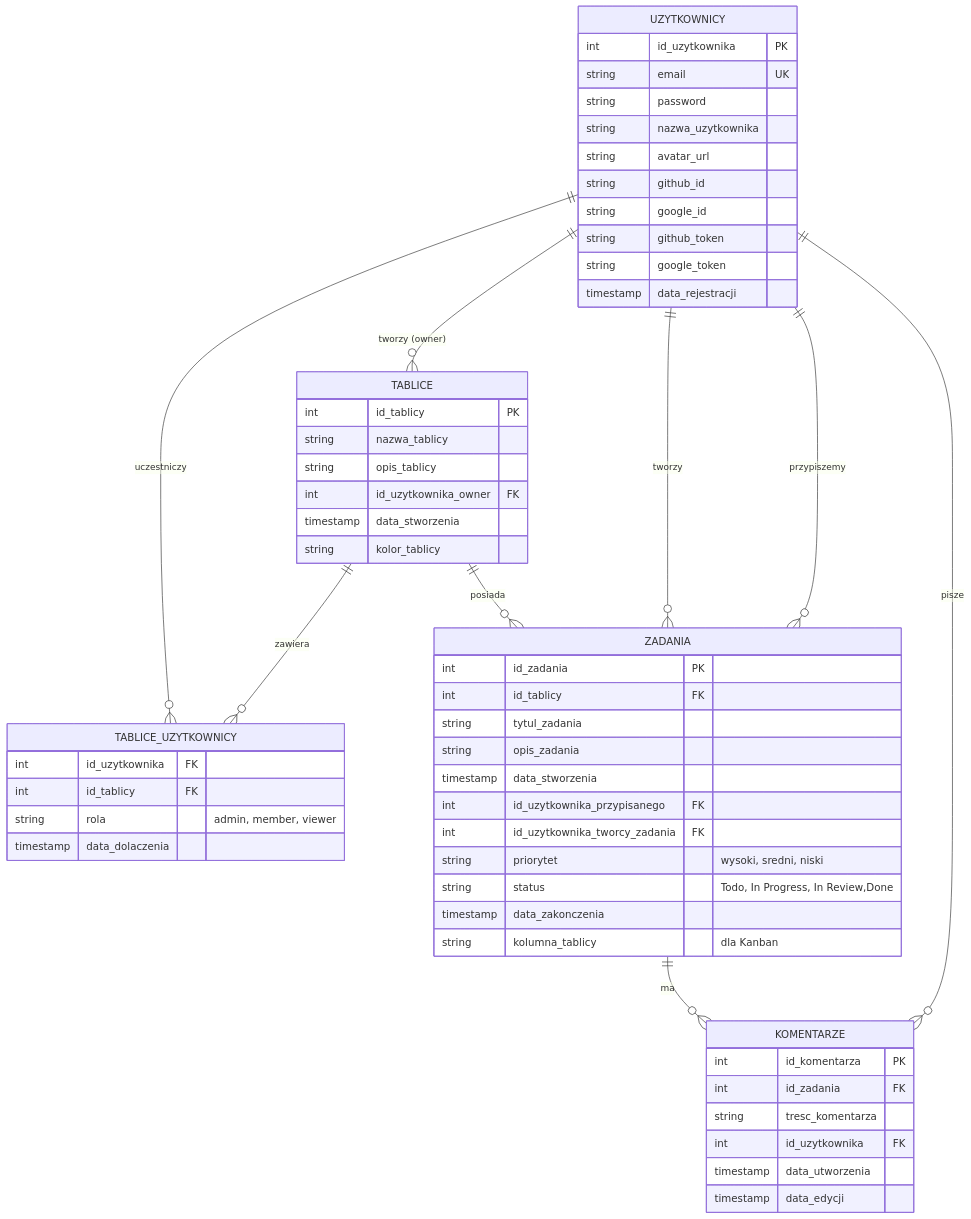
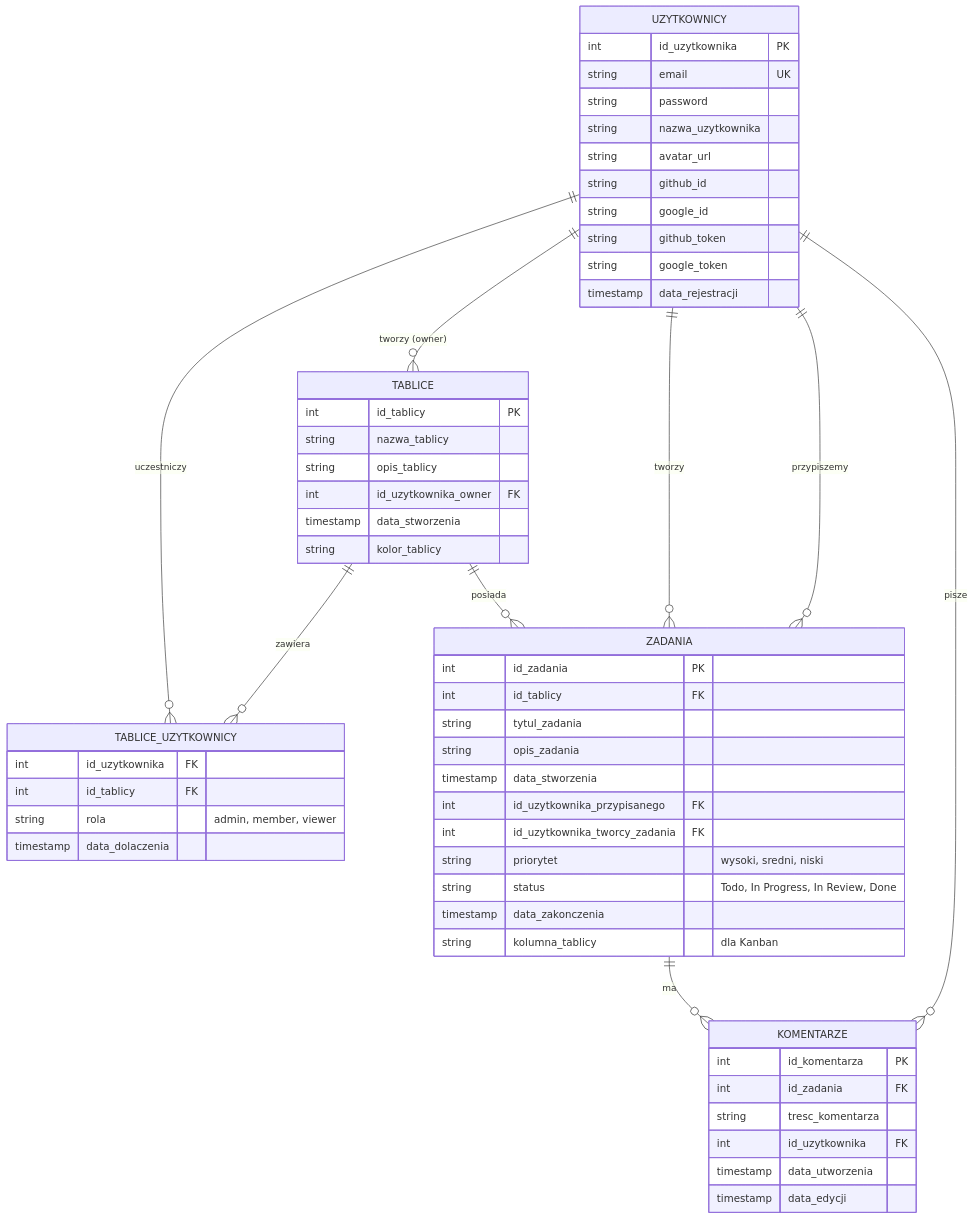
Before and after one commit to livcia/project-integration-of-it-systems: the diagram in README.md, drawn with Mermaid.

Commit message:
Potential fix for pull request finding

````diff
--- a/README.md
+++ b/README.md
@@ -11,63 +11,63 @@
 ```mermaid
 erDiagram
     UZYTKOWNICY ||--o{ TABLICE : "tworzy (owner)"
     UZYTKOWNICY ||--o{ TABLICE_UZYTKOWNICY : "uczestniczy"
     TABLICE ||--o{ TABLICE_UZYTKOWNICY : "zawiera"
     TABLICE ||--o{ ZADANIA : "posiada"
     UZYTKOWNICY ||--o{ ZADANIA : "tworzy"
     UZYTKOWNICY ||--o{ ZADANIA : "przypiszemy"
     ZADANIA ||--o{ KOMENTARZE : "ma"
     UZYTKOWNICY ||--o{ KOMENTARZE : "pisze"
 
     UZYTKOWNICY {
         int id_uzytkownika PK
         string email UK
         string password
         string nazwa_uzytkownika
         string avatar_url
         string github_id
         string google_id
         string github_token
         string google_token
         timestamp data_rejestracji
     }
 
     TABLICE {
         int id_tablicy PK
         string nazwa_tablicy
         string opis_tablicy
         int id_uzytkownika_owner FK
         timestamp data_stworzenia
         string kolor_tablicy
     }
 
     TABLICE_UZYTKOWNICY {
         int id_uzytkownika FK
         int id_tablicy FK
         string rola "admin, member, viewer"
         timestamp data_dolaczenia
     }
 
     ZADANIA {
         int id_zadania PK
         int id_tablicy FK
         string tytul_zadania
         string opis_zadania
         timestamp data_stworzenia
         int id_uzytkownika_przypisanego FK
         int id_uzytkownika_tworcy_zadania FK
         string priorytet "wysoki, sredni, niski"
-        string status "Todo, In Progress, In Review,Done"
+        string status "Todo, In Progress, In Review, Done"
         timestamp data_zakonczenia
         string kolumna_tablicy "dla Kanban"
     }
 
     KOMENTARZE {
         int id_komentarza PK
         int id_zadania FK
         string tresc_komentarza
         int id_uzytkownika FK
         timestamp data_utworzenia
         timestamp data_edycji
     }
 ```
````
